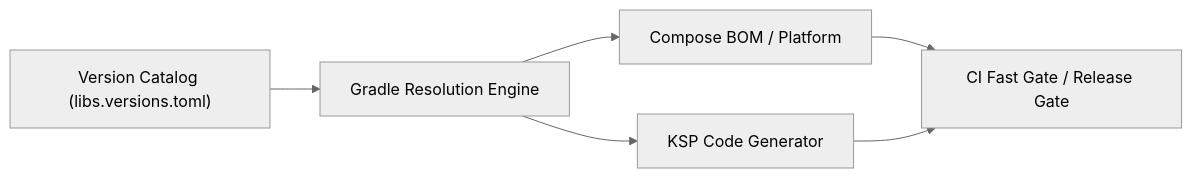
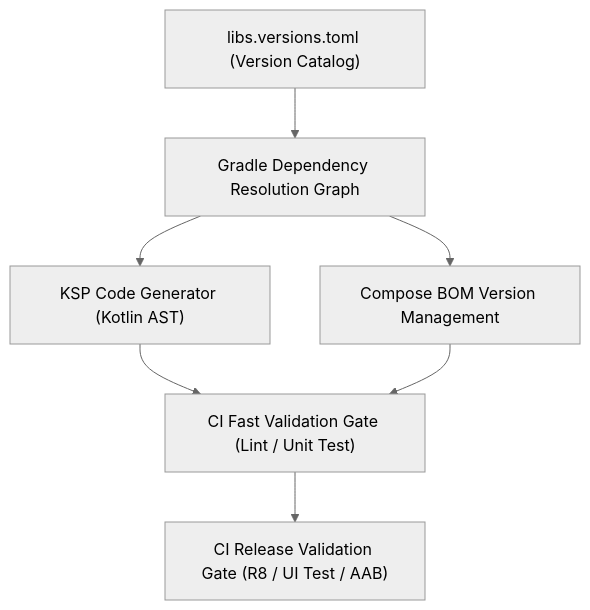
The diagram in 01_inbox/mobile/android/03_packaging_deployment/build/dependency-versioning/dependency-ci-contracts/dependency-ci-contracts.md (youngmin-gwon/what-i-studied), drawn with Mermaid (neutral theme) before and after one commit. The commit also changed other lines of this file and 134 other files, not shown here.

````diff
--- a/01_inbox/mobile/android/03_packaging_deployment/build/dependency-versioning/dependency-ci-contracts/dependency-ci-contracts.md
+++ b/01_inbox/mobile/android/03_packaging_deployment/build/dependency-versioning/dependency-ci-contracts/dependency-ci-contracts.md
@@ -17,8 +27,8 @@
 ```mermaid
-flowchart LR
-    Catalog["Version Catalog (libs.versions.toml)"] --> Resolution["Gradle Resolution Engine"]
-    Resolution --> BOM["Compose BOM / Platform"]
-    Resolution --> KSP["KSP Code Generator"]
-    BOM --> CIGate["CI Fast Gate / Release Gate"]
-    KSP --> CIGate
+flowchart TD
+    Catalog["libs.versions.toml (Version Catalog)"] --> GradleRes["Gradle Dependency Resolution Graph"]
+    GradleRes --> KSPEngine["KSP Code Generator (Kotlin AST)"]
+    GradleRes --> ComposeBOM["Compose BOM Version Management"]
+    KSPEngine & ComposeBOM --> FastGate["CI Fast Validation Gate (Lint / Unit Test)"]
+    FastGate --> ReleaseGate["CI Release Validation Gate (R8 / UI Test / AAB)"]
 ```
````
